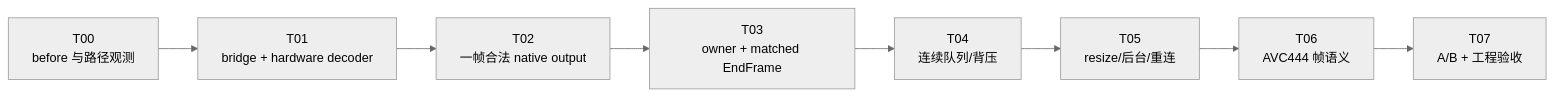
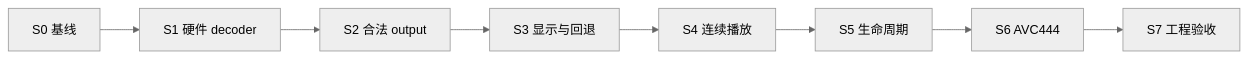
Before and after one commit to xiaomu120413/harmonyos-sdd-ralph-workshop: diagram 11 of 15 in harmonyos-sdd-ralph-workshop.md, drawn with Mermaid (neutral theme). The commit also changed other lines of this file and 8 other files, not shown here.

First line of the commit message:
docs(gpu): rebuild slides 28-38 evidence flow

````diff
--- a/harmonyos-sdd-ralph-workshop.md
+++ b/harmonyos-sdd-ralph-workshop.md
@@ -1986,10 +1761,5 @@
 ```mermaid
 flowchart LR
-    T00["T00<br/>before 与路径观测"] --> T01["T01<br/>bridge + hardware decoder"]
-    T01 --> T02["T02<br/>一帧合法 native output"]
-    T02 --> T03["T03<br/>owner + matched EndFrame"]
-    T03 --> T04["T04<br/>连续队列/背压"]
-    T04 --> T05["T05<br/>resize/后台/重连"]
-    T05 --> T06["T06<br/>AVC444 帧语义"]
-    T06 --> T07["T07<br/>A/B + 工程验收"]
+  S0["S0 基线"] --> S1["S1 硬件 decoder"] --> S2["S2 合法 output"] --> S3["S3 显示与回退"]
+  S3 --> S4["S4 连续播放"] --> S5["S5 生命周期"] --> S6["S6 AVC444"] --> S7["S7 工程验收"]
 ```
````
